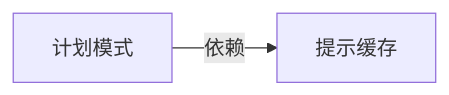
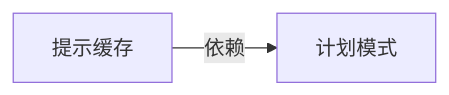
The diagram in wiki/计划模式.md (yibie/claude-best-practices-zh), drawn with Mermaid before and after one commit. The commit also changed other lines of this file and 407 other files, not shown here.

Commit message:
feat: DeepSeek 三遍审校（译文/关系/图谱）+ 可部署静态站点

````diff
--- a/wiki/计划模式.md
+++ b/wiki/计划模式.md
@@ -43,5 +44,5 @@
 ```mermaid
 graph LR
   C["计划模式"]
-  C -->|依赖| N0["提示缓存"]
+  N0["提示缓存"] -->|依赖| C
 ```
````
